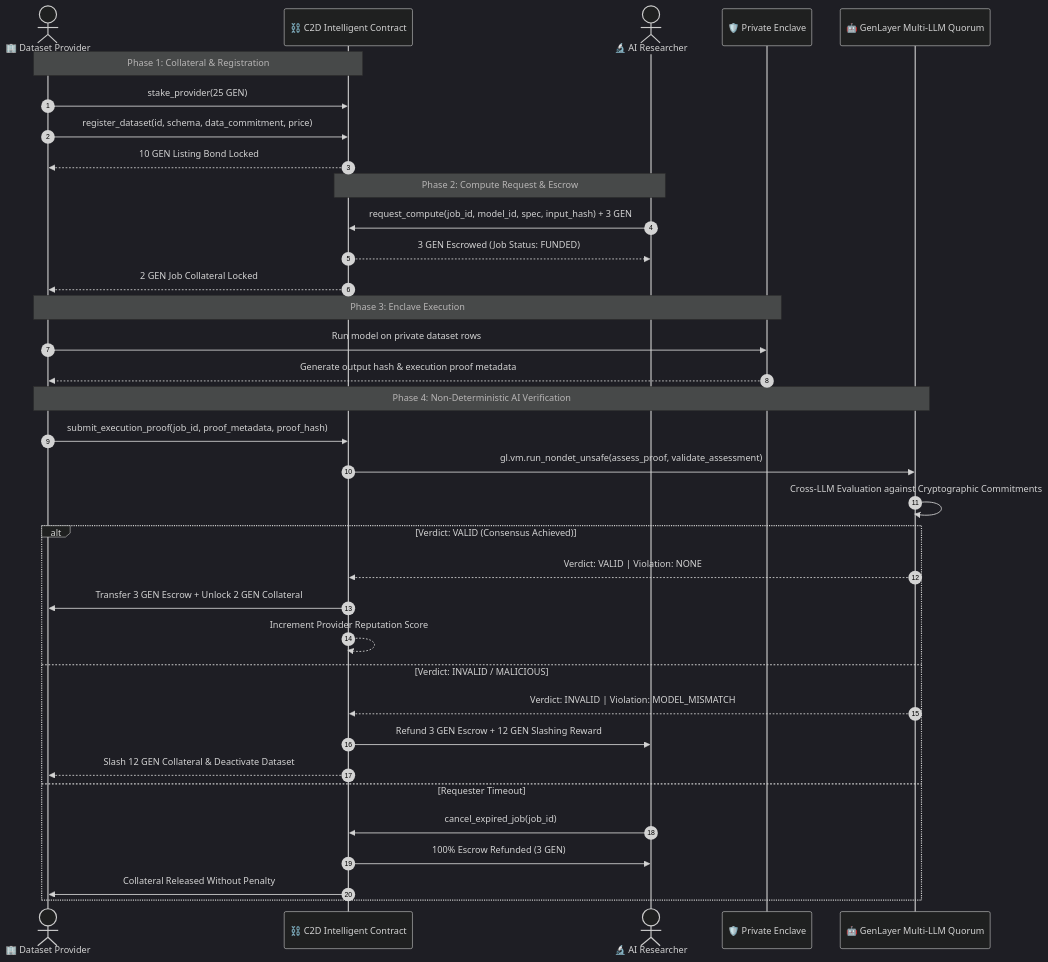
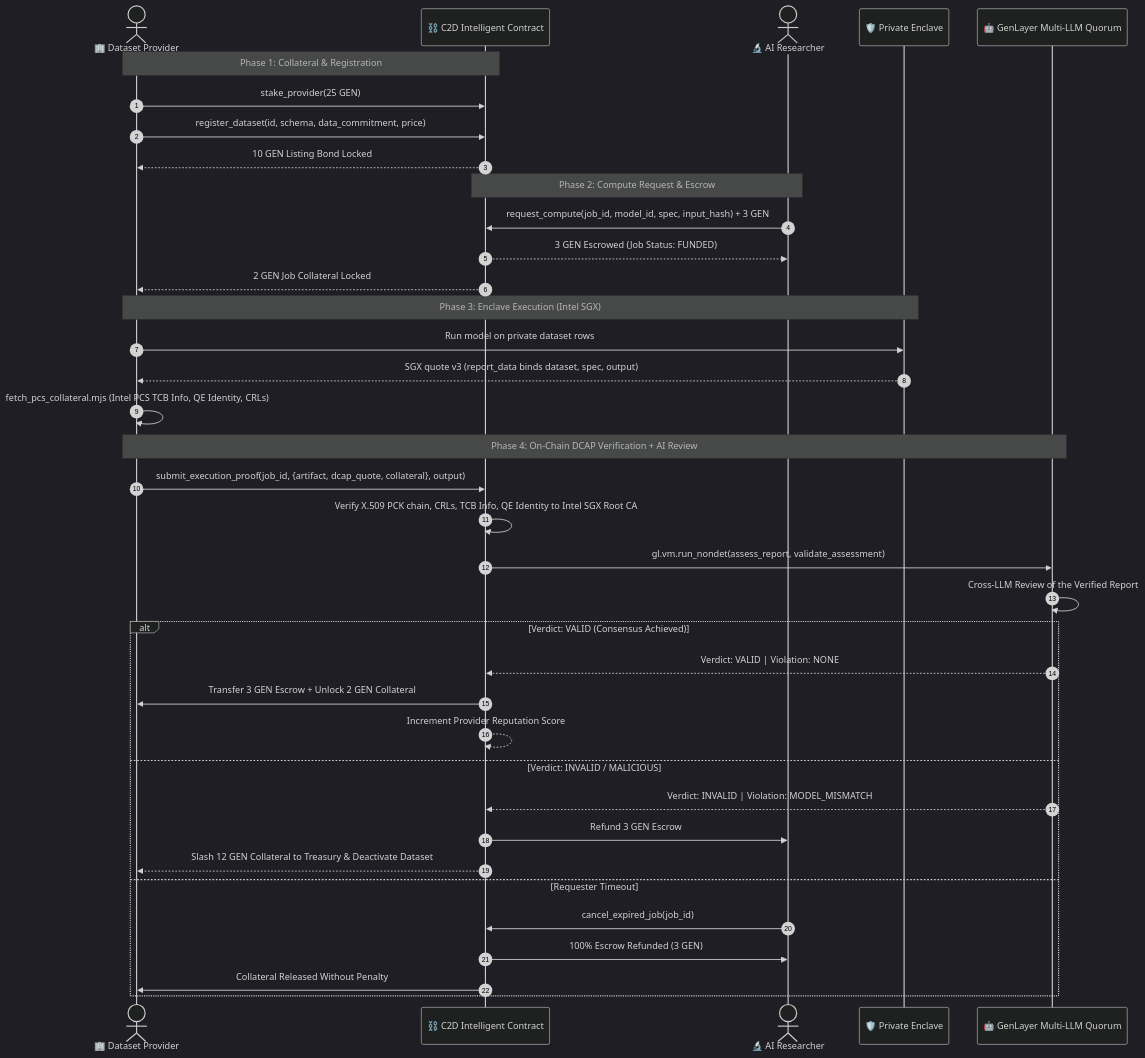
One commit to SOBEK96/Compute2Data changed the diagram in README.md. Above: the diagram before and after it, drawn with Mermaid (dark theme). The commit also changed other lines of this file and 33 other files, not shown here.

Commit message:
fix(attestation): implement genuine Intel X.509 PCK chain and PCS collateral verification, purge mock formats

````diff
--- a/README.md
+++ b/README.md
@@ -48,42 +48,44 @@
 ```mermaid
 sequenceDiagram
     autonumber
     actor Provider as 🏢 Dataset Provider
     participant Contract as ⛓️ C2D Intelligent Contract
     actor Researcher as 🔬 AI Researcher
     participant Enclave as 🛡️ Private Enclave
     participant Quorum as 🤖 GenLayer Multi-LLM Quorum
 
     Note over Provider,Contract: Phase 1: Collateral & Registration
     Provider->>Contract: stake_provider(25 GEN)
     Provider->>Contract: register_dataset(id, schema, data_commitment, price)
     Contract-->>Provider: 10 GEN Listing Bond Locked
 
     Note over Researcher,Contract: Phase 2: Compute Request & Escrow
     Researcher->>Contract: request_compute(job_id, model_id, spec, input_hash) + 3 GEN
     Contract-->>Researcher: 3 GEN Escrowed (Job Status: FUNDED)
     Contract-->>Provider: 2 GEN Job Collateral Locked
 
-    Note over Provider,Enclave: Phase 3: Enclave Execution
+    Note over Provider,Enclave: Phase 3: Enclave Execution (Intel SGX)
     Provider->>Enclave: Run model on private dataset rows
-    Enclave-->>Provider: Generate output hash & execution proof metadata
+    Enclave-->>Provider: SGX quote v3 (report_data binds dataset, spec, output)
+    Provider->>Provider: fetch_pcs_collateral.mjs (Intel PCS TCB Info, QE Identity, CRLs)
 
-    Note over Provider,Quorum: Phase 4: Non-Deterministic AI Verification
-    Provider->>Contract: submit_execution_proof(job_id, proof_metadata, proof_hash)
-    Contract->>Quorum: gl.vm.run_nondet_unsafe(assess_proof, validate_assessment)
-    Quorum->>Quorum: Cross-LLM Evaluation against Cryptographic Commitments
+    Note over Provider,Quorum: Phase 4: On-Chain DCAP Verification + AI Review
+    Provider->>Contract: submit_execution_proof(job_id, {artifact, dcap_quote, collateral}, output)
+    Contract->>Contract: Verify X.509 PCK chain, CRLs, TCB Info, QE Identity to Intel SGX Root CA
+    Contract->>Quorum: gl.vm.run_nondet(assess_report, validate_assessment)
+    Quorum->>Quorum: Cross-LLM Review of the Verified Report
 
     alt Verdict: VALID (Consensus Achieved)
         Quorum-->>Contract: Verdict: VALID | Violation: NONE
         Contract->>Provider: Transfer 3 GEN Escrow + Unlock 2 GEN Collateral
         Contract-->>Contract: Increment Provider Reputation Score
     else Verdict: INVALID / MALICIOUS
         Quorum-->>Contract: Verdict: INVALID | Violation: MODEL_MISMATCH
-        Contract->>Researcher: Refund 3 GEN Escrow + 12 GEN Slashing Reward
-        Contract-->>Provider: Slash 12 GEN Collateral & Deactivate Dataset
+        Contract->>Researcher: Refund 3 GEN Escrow
+        Contract-->>Provider: Slash 12 GEN Collateral to Treasury & Deactivate Dataset
     else Requester Timeout
         Researcher->>Contract: cancel_expired_job(job_id)
         Contract->>Researcher: 100% Escrow Refunded (3 GEN)
         Contract->>Provider: Collateral Released Without Penalty
     end
 ```
````
